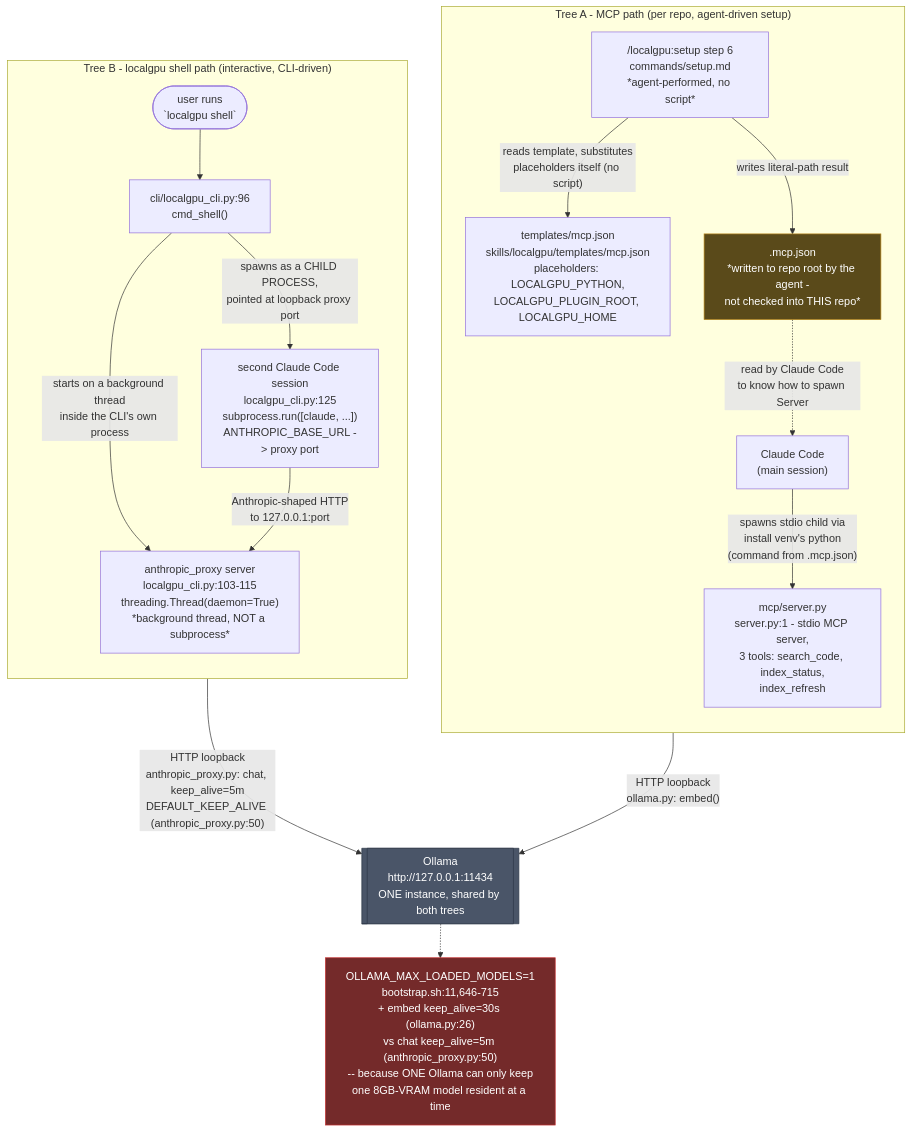
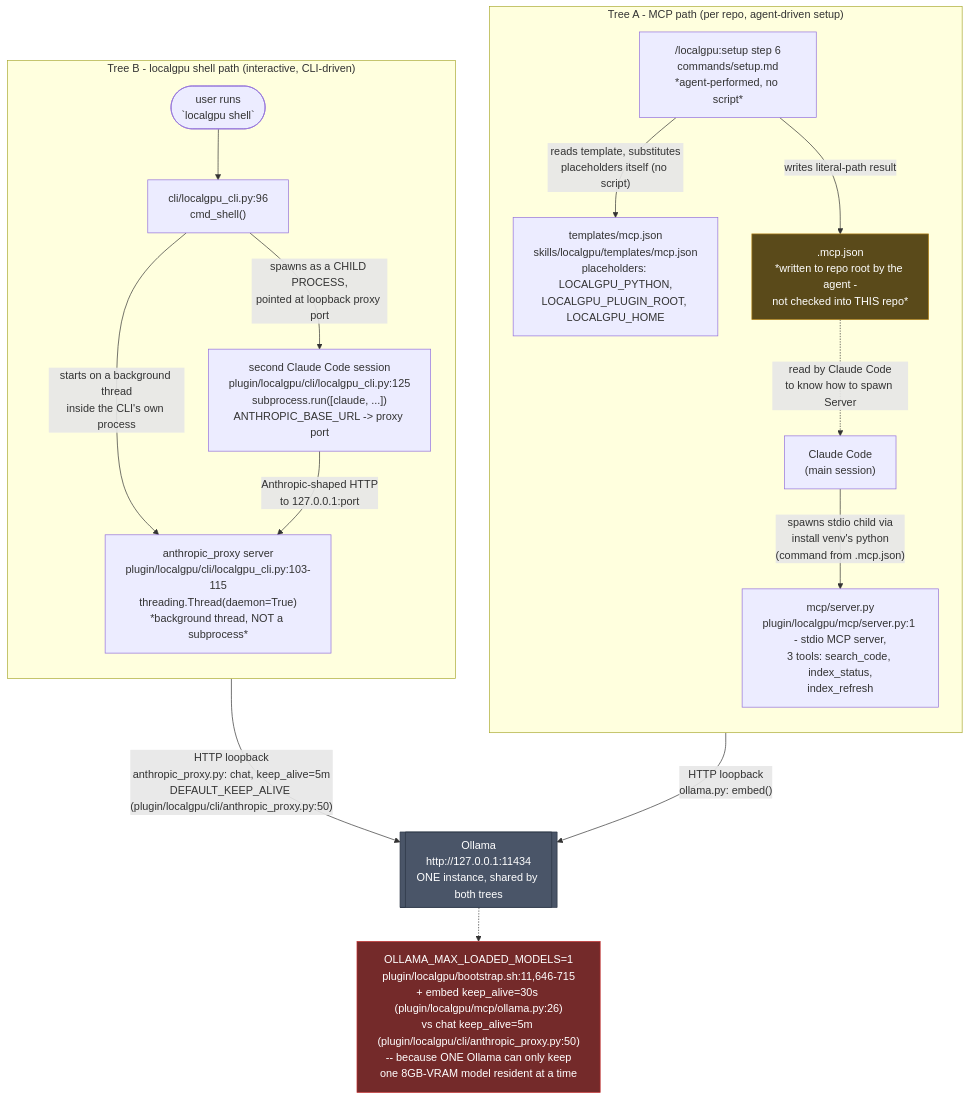
The diagram in docs/diagrams/architecture.mmd (mbadali25/useful-claude-add-ons), drawn with Mermaid before and after one commit. The commit also changed 2 other files, not shown here.

Commit message:
Make the diagrams' own path:line citations repo-relative too
Round 2 of the gate found `setup.md:2` still bare in process.mmd. The first
pass swept `.crew/codemap/*.md` and stopped there, so every diagram kept citing
`server.py:187`, `store.py:471`, `config.py:30-86` and the rest in exactly the
un-pasteable shape this PR exists to remove - in the same files whose freshness
header it had just added.

Fixed all 30, not the one that was named. Fixing only the named instance is how
a guard ends up wrong again inside the fix for the last time it was wrong:
architecture 7, data-flow 20, process 3, each rewritten only where exactly one
candidate resolved and the cited line was in range.

A grep for the bare shape across docs/diagrams now returns nothing, and all
three still render: 72009, 40852 and 75997 bytes of SVG.

Claude-Session: https://claude.ai/code/session_01DsWTFLLJNfnbdczmLz5KbV

```diff
--- a/docs/diagrams/architecture.mmd
+++ b/docs/diagrams/architecture.mmd
@@ -1,44 +1,44 @@
 %% anchor: useful-claude-add-ons@3167721f
 %% Anchors: plugin/localgpu/bootstrap.sh, plugin/localgpu/cli/anthropic_proxy.py, plugin/localgpu/cli/localgpu_cli.py, plugin/localgpu/commands/setup.md, plugin/localgpu/mcp/ollama.py, plugin/localgpu/mcp/server.py, plugin/localgpu/skills/localgpu/templates/mcp.json
 %% localgpu: two independent process trees sharing one Ollama.
 %% Verified against source on 2026-09-05; see comments for path:line.
 flowchart TB
 
     subgraph TreeA["Tree A - MCP path (per repo, agent-driven setup)"]
         direction TB
         CC1["Claude Code<br/>(main session)"]
         Setup["/localgpu:setup step 6<br/>commands/setup.md<br/>*agent-performed, no script*"]
         Template["templates/mcp.json<br/>skills/localgpu/templates/mcp.json<br/>placeholders: LOCALGPU_PYTHON,<br/>LOCALGPU_PLUGIN_ROOT, LOCALGPU_HOME"]
         MCPJson[".mcp.json<br/>*written to repo root by the agent -<br/>not checked into THIS repo*"]
-        Server["mcp/server.py<br/>server.py:1 - stdio MCP server,<br/>3 tools: search_code, index_status,<br/>index_refresh"]
+        Server["mcp/server.py<br/>plugin/localgpu/mcp/server.py:1 - stdio MCP server,<br/>3 tools: search_code, index_status,<br/>index_refresh"]
 
         CC1 -- "spawns stdio child via<br/>install venv's python<br/>(command from .mcp.json)" --> Server
         Setup -- "reads template, substitutes<br/>placeholders itself (no script)" --> Template
         Setup -- "writes literal-path result" --> MCPJson
         MCPJson -. "read by Claude Code<br/>to know how to spawn Server" .-> CC1
     end
 
     subgraph TreeB["Tree B - localgpu shell path (interactive, CLI-driven)"]
         direction TB
         User(["user runs<br/>`localgpu shell`"])
         CLI["cli/localgpu_cli.py:96<br/>cmd_shell()"]
-        ProxyThread["anthropic_proxy server<br/>localgpu_cli.py:103-115<br/>threading.Thread(daemon=True)<br/>*background thread, NOT a subprocess*"]
-        CC2["second Claude Code session<br/>localgpu_cli.py:125<br/>subprocess.run([claude, ...])<br/>ANTHROPIC_BASE_URL -> proxy port"]
+        ProxyThread["anthropic_proxy server<br/>plugin/localgpu/cli/localgpu_cli.py:103-115<br/>threading.Thread(daemon=True)<br/>*background thread, NOT a subprocess*"]
+        CC2["second Claude Code session<br/>plugin/localgpu/cli/localgpu_cli.py:125<br/>subprocess.run([claude, ...])<br/>ANTHROPIC_BASE_URL -> proxy port"]
 
         User --> CLI
         CLI -- "starts on a background thread<br/>inside the CLI's own process" --> ProxyThread
         CLI -- "spawns as a CHILD PROCESS,<br/>pointed at loopback proxy port" --> CC2
         CC2 -- "Anthropic-shaped HTTP<br/>to 127.0.0.1:port" --> ProxyThread
     end
 
     Ollama[["Ollama<br/>http://127.0.0.1:11434<br/>ONE instance, shared by both trees"]]
 
     Server -- "HTTP loopback<br/>ollama.py: embed()" --> Ollama
-    ProxyThread -- "HTTP loopback<br/>anthropic_proxy.py: chat, keep_alive=5m<br/>DEFAULT_KEEP_ALIVE (anthropic_proxy.py:50)" --> Ollama
+    ProxyThread -- "HTTP loopback<br/>anthropic_proxy.py: chat, keep_alive=5m<br/>DEFAULT_KEEP_ALIVE (plugin/localgpu/cli/anthropic_proxy.py:50)" --> Ollama
 
-    Constraint["OLLAMA_MAX_LOADED_MODELS=1<br/>bootstrap.sh:11,646-715<br/>+ embed keep_alive=30s (ollama.py:26)<br/>vs chat keep_alive=5m (anthropic_proxy.py:50)<br/>-- because ONE Ollama can only keep<br/>one 8GB-VRAM model resident at a time"]
+    Constraint["OLLAMA_MAX_LOADED_MODELS=1<br/>plugin/localgpu/bootstrap.sh:11,646-715<br/>+ embed keep_alive=30s (plugin/localgpu/mcp/ollama.py:26)<br/>vs chat keep_alive=5m (plugin/localgpu/cli/anthropic_proxy.py:50)<br/>-- because ONE Ollama can only keep<br/>one 8GB-VRAM model resident at a time"]
     Ollama -.-> Constraint
 
     style Ollama fill:#4a5568,stroke:#2d3748,color:#fff
     style Constraint fill:#742a2a,stroke:#c53030,color:#fff
     style MCPJson fill:#5a4a1a,stroke:#b7861a,color:#fff
```
